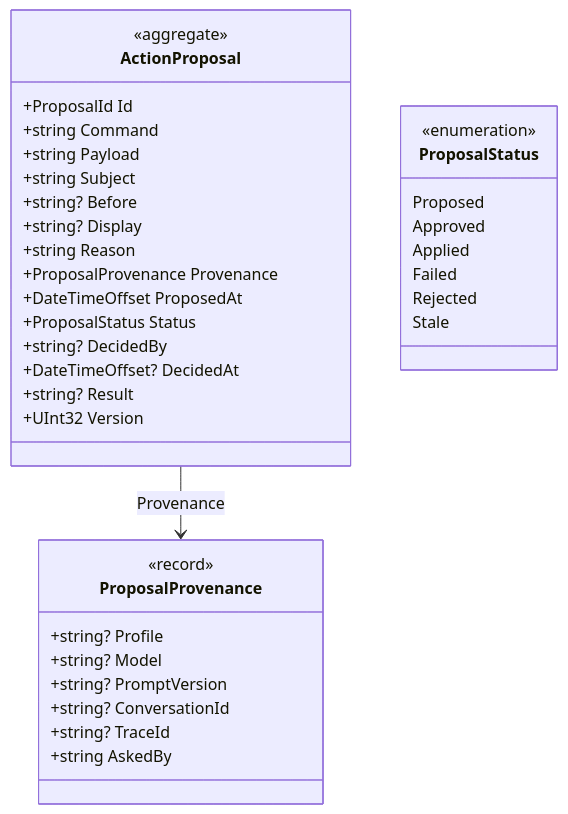
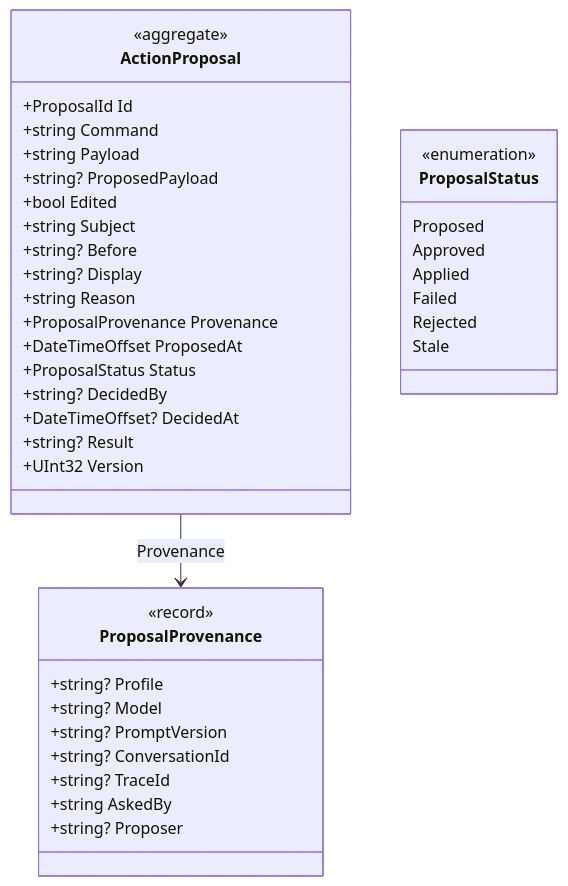
Before and after one commit to juanluelguerre/tendero: diagram 15 of 16 in docs/domain-model.md, drawn with Mermaid. The commit also changed 25 other files, not shown here.

````diff
--- a/docs/domain-model.md
+++ b/docs/domain-model.md
@@ -983,39 +983,42 @@
 ```mermaid
 classDiagram
     class ActionProposal {
         <<aggregate>>
         +ProposalId Id
         +string Command
         +string Payload
+        +string? ProposedPayload
+        +bool Edited
         +string Subject
         +string? Before
         +string? Display
         +string Reason
         +ProposalProvenance Provenance
         +DateTimeOffset ProposedAt
         +ProposalStatus Status
         +string? DecidedBy
         +DateTimeOffset? DecidedAt
         +string? Result
         +UInt32 Version
     }
     class ProposalProvenance {
         <<record>>
         +string? Profile
         +string? Model
         +string? PromptVersion
         +string? ConversationId
         +string? TraceId
         +string AskedBy
+        +string? Proposer
     }
     class ProposalStatus {
         <<enumeration>>
         Proposed
         Approved
         Applied
         Failed
         Rejected
         Stale
     }
     ActionProposal --> ProposalProvenance : Provenance
 ```
````
